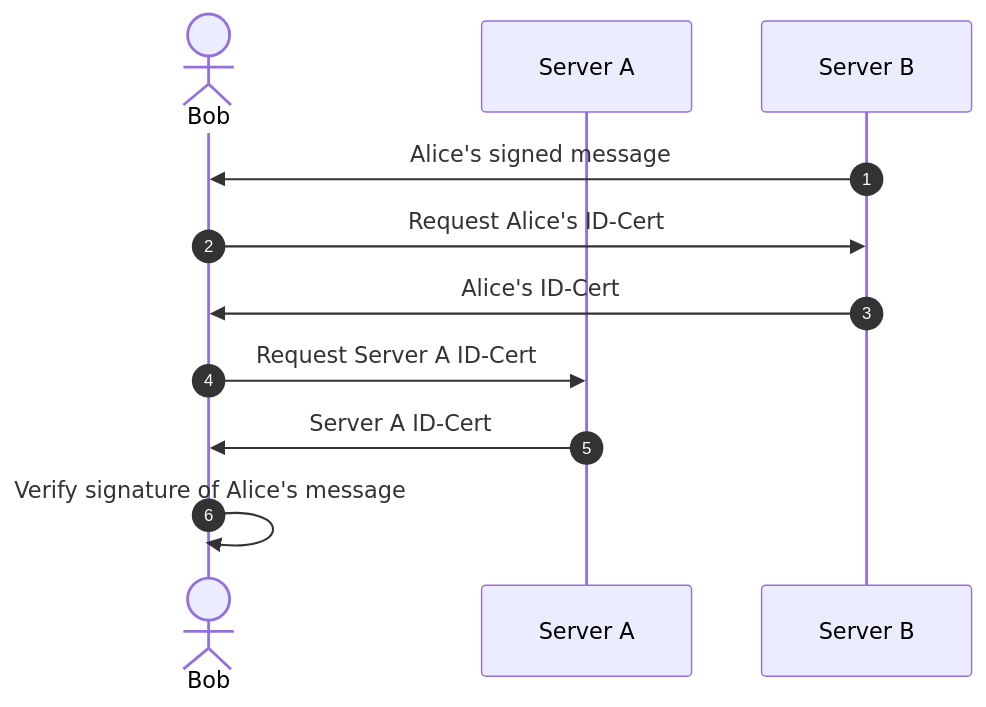
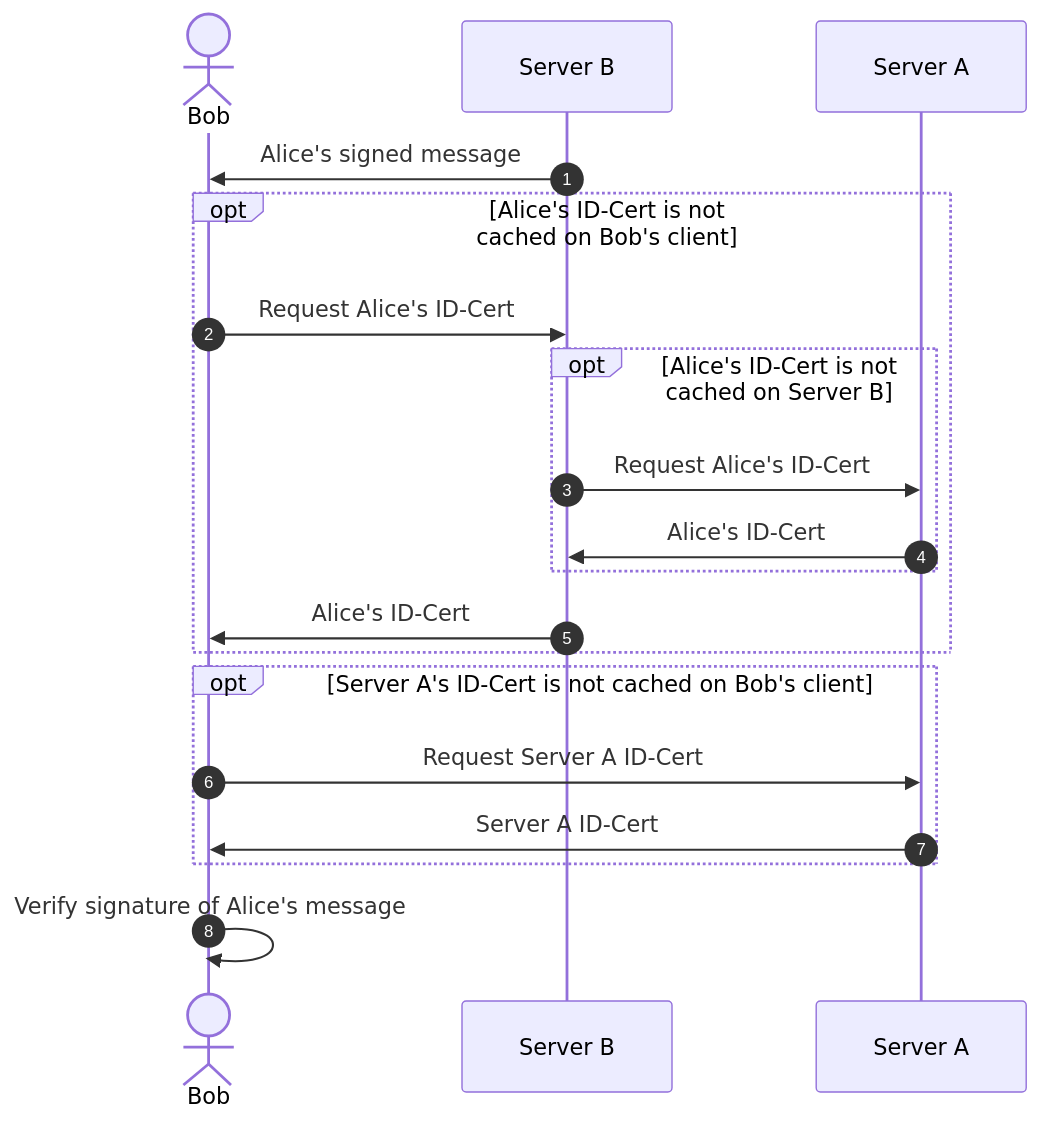
The third of 7 diagrams in docs/Protocol Specifications/core.md (polyphony-chat/docs), drawn with Mermaid before and after one commit. The commit also changed other lines of this file and 2 other files, not shown here.

````diff
--- a/docs/Protocol Specifications/core.md
+++ b/docs/Protocol Specifications/core.md
@@ -722,16 +723,23 @@
 ```mermaid
 sequenceDiagram
 autonumber
 
 actor b as Bob
+participant sb as Server B
 participant sa as Server A
-participant sb as Server B
 
 sb->>b: Alice's signed message
-b->>sb: Request Alice's ID-Cert
-sb->>b: Alice's ID-Cert
-b->>sa: Request Server A ID-Cert
-sa->>b: Server A ID-Cert
+opt Alice's ID-Cert is not cached on Bob's client
+  b->>sb: Request Alice's ID-Cert
+  opt Alice's ID-Cert is not cached on Server B
+  sb->>sa: Request Alice's ID-Cert
+  sa->>sb: Alice's ID-Cert
+  end
+  sb->>b: Alice's ID-Cert
+end
+opt Server A's ID-Cert is not cached on Bob's client
+  b->>sa: Request Server A ID-Cert
+  sa->>b: Server A ID-Cert
+end
 b->>b: Verify signature of Alice's message
-
 ```
````
